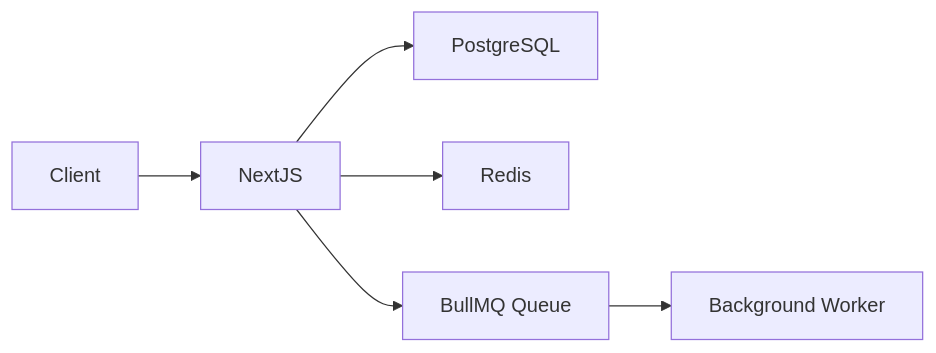
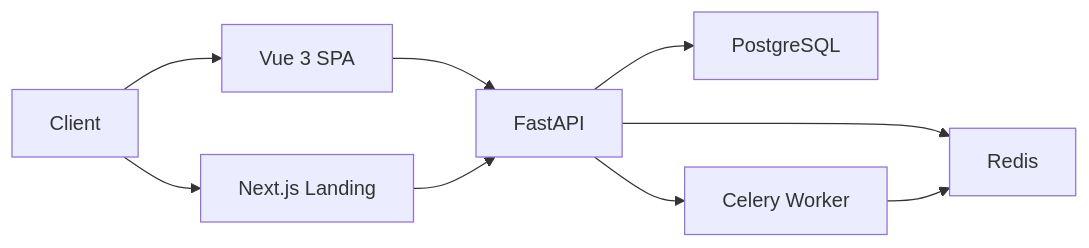
The diagram in .claude/rules/tech-stack.md (tqhoa/self-agents), drawn with Mermaid before and after one commit. The commit also changed other lines of this file and 6 other files, not shown here.

````diff
--- a/.claude/rules/tech-stack.md
+++ b/.claude/rules/tech-stack.md
@@ -422,8 +399,11 @@
 ```mermaid
 graph LR
-  Client --> NextJS
-  NextJS --> PostgreSQL
-  NextJS --> Redis
-  NextJS --> Queue[BullMQ Queue]
-  Queue --> Worker[Background Worker]
+  Client --> Vue3[Vue 3 SPA]
+  Client --> NextJS[Next.js Landing]
+  Vue3 --> FastAPI
+  NextJS --> FastAPI
+  FastAPI --> PostgreSQL
+  FastAPI --> Redis
+  FastAPI --> Celery[Celery Worker]
+  Celery --> Redis
 ```
````
